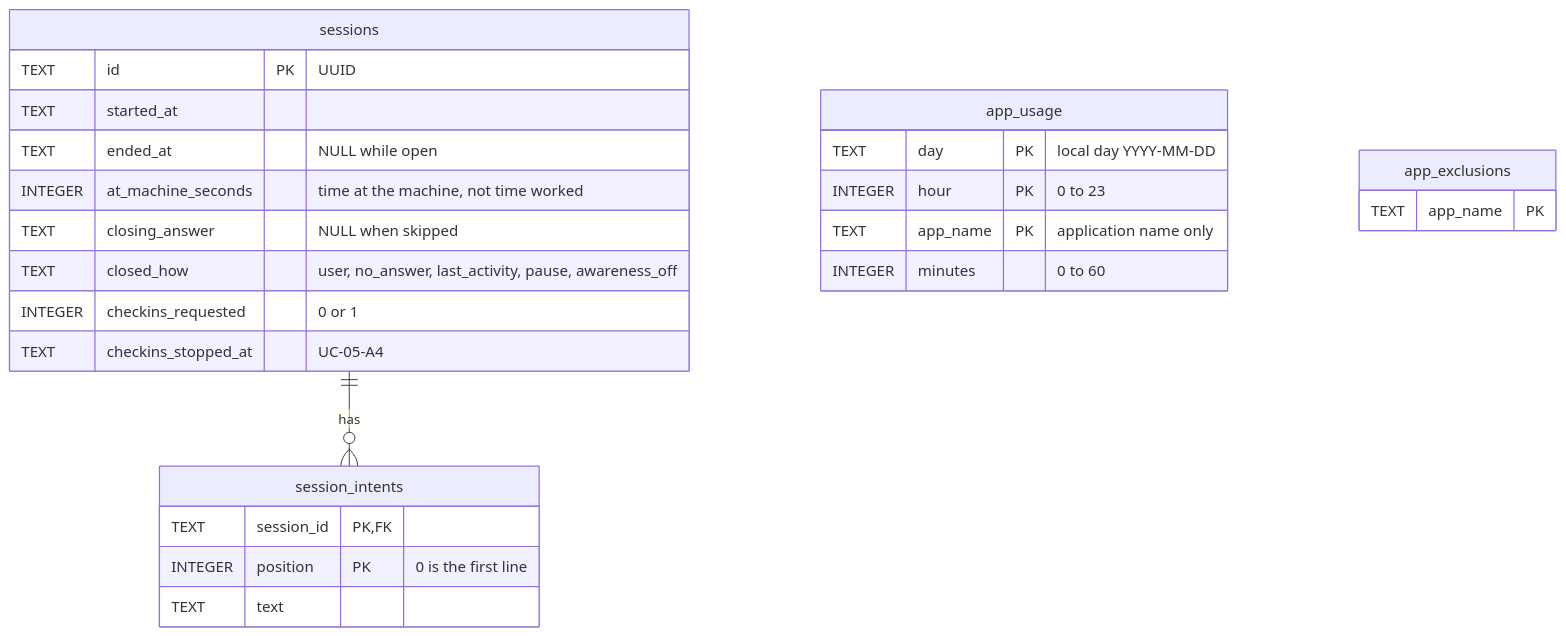
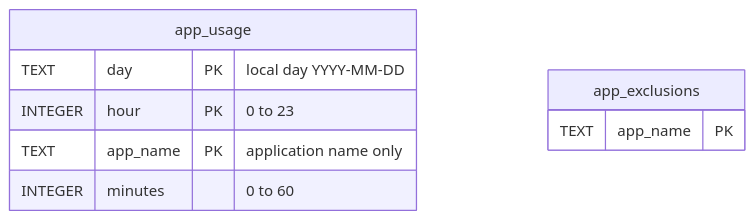
Before and after one commit to NguyenVu04/cognia: the fifth of 10 diagrams in docs/ERD.md, drawn with Mermaid. The commit also changed other lines of this file and 83 other files, not shown here.

````diff
--- a/docs/ERD.md
+++ b/docs/ERD.md
@@ -477,28 +432,12 @@
 ```mermaid
 erDiagram
-    sessions {
-        TEXT id PK "UUID"
-        TEXT started_at
-        TEXT ended_at "NULL while open"
-        INTEGER at_machine_seconds "time at the machine, not time worked"
-        TEXT closing_answer "NULL when skipped"
-        TEXT closed_how "user, no_answer, last_activity, pause, awareness_off"
-        INTEGER checkins_requested "0 or 1"
-        TEXT checkins_stopped_at "UC-05-A4"
-    }
-    session_intents {
-        TEXT session_id PK, FK
-        INTEGER position PK "0 is the first line"
-        TEXT text
-    }
     app_usage {
         TEXT day PK "local day YYYY-MM-DD"
         INTEGER hour PK "0 to 23"
         TEXT app_name PK "application name only"
         INTEGER minutes "0 to 60"
     }
     app_exclusions {
         TEXT app_name PK
     }
-    sessions ||--o{ session_intents : "has"
 ```
````
